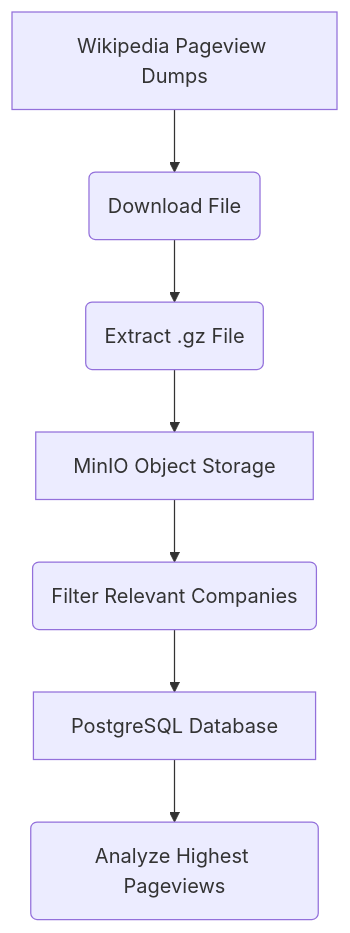
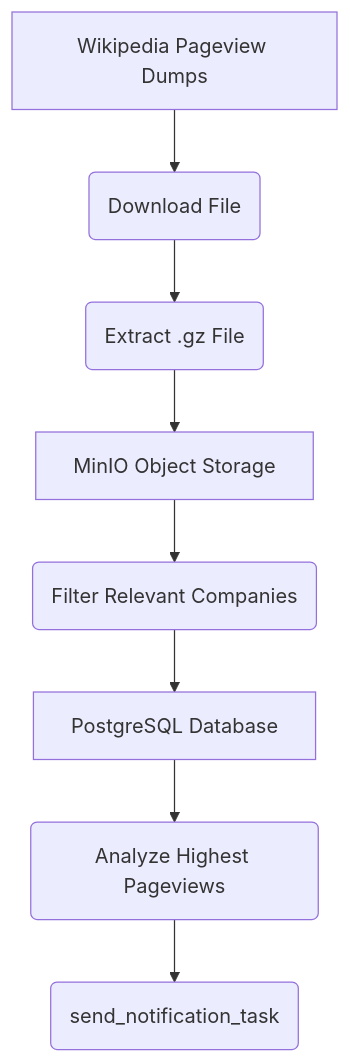
One commit to DataWithOjo/airflow_core_sentiment_pipeline changed the diagram in README.md. Above: the diagram before and after it, drawn with Mermaid. The commit also changed other lines of this file and 7 other files, not shown here.

````diff
--- a/README.md
+++ b/README.md
@@ -62,9 +62,10 @@
 ```mermaid
 graph TD
   A[Wikipedia Pageview Dumps] --> B(Download File)
   B --> C(Extract .gz File)
   C --> D[MinIO Object Storage]
   D --> E(Filter Relevant Companies)
   E --> F[PostgreSQL Database]
   F --> G(Analyze Highest Pageviews)
+  G --> H(send_notification_task)
 ```
````
